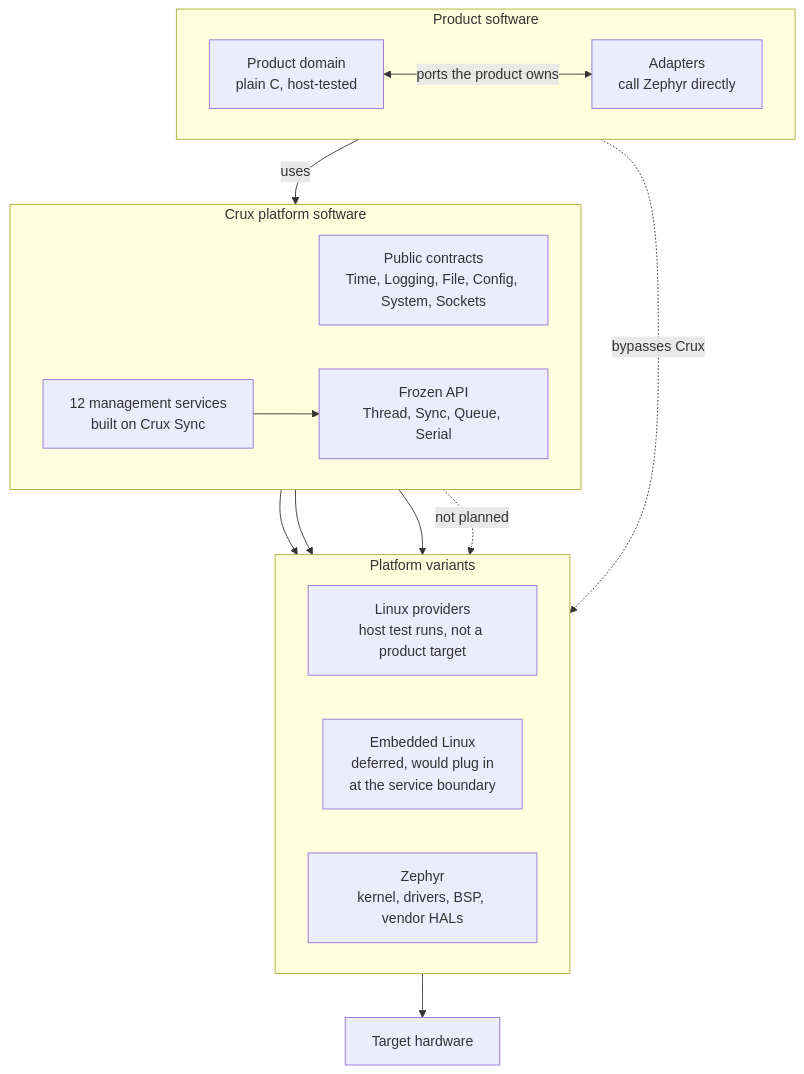
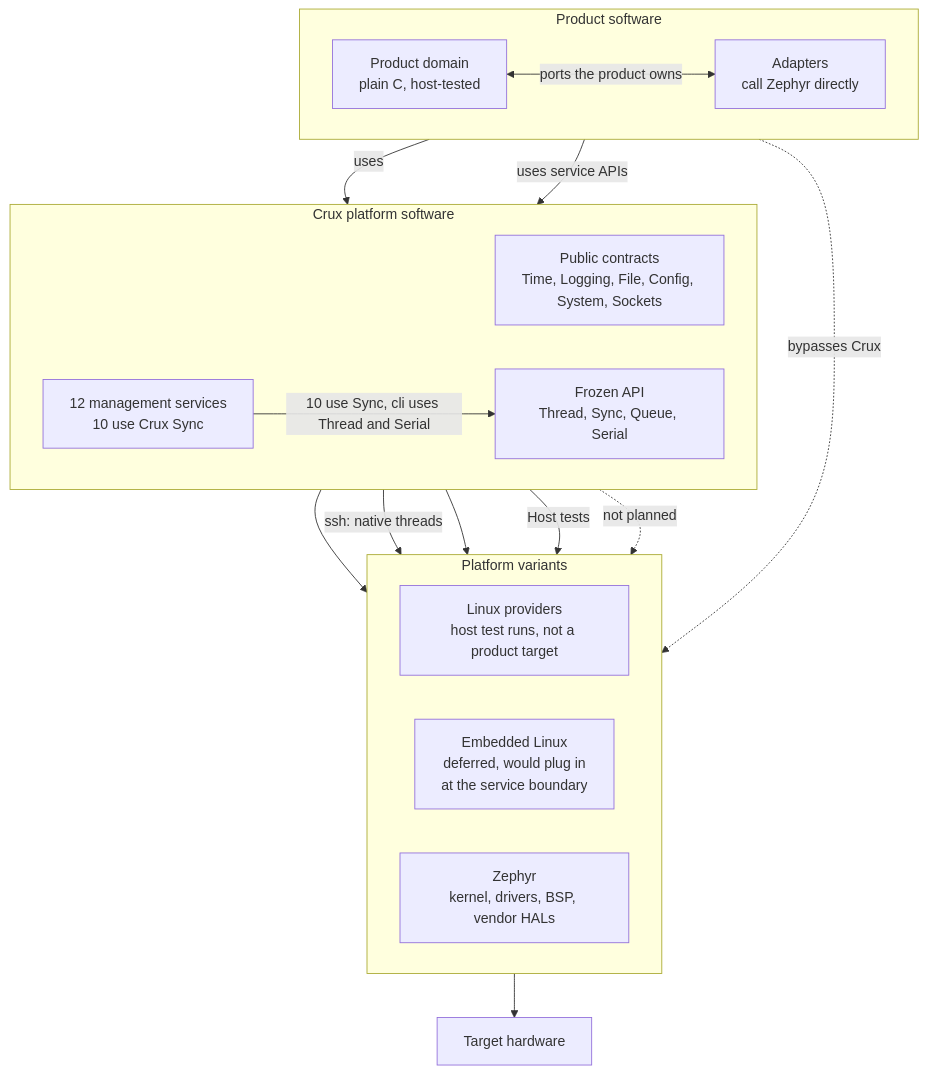
Before and after one commit to wonny-labs/crux-pilot: the second of 4 diagrams in docs/architecture.md, drawn with Mermaid. The commit also changed other lines of this file and 1 other file, not shown here.

Commit message:
docs: correct the platform structure diagram after review

````diff
--- a/docs/architecture.md
+++ b/docs/architecture.md
@@ -84,30 +84,32 @@
 ```mermaid
 flowchart TB
     subgraph PRODUCT["Product software"]
         direction LR
         DOM["Product domain<br/>plain C, host-tested"]
         ADP["Adapters<br/>call Zephyr directly"]
         DOM <-->|"ports the product owns"| ADP
     end
     subgraph CRUX["Crux platform software"]
         direction LR
         CON["Public contracts<br/>Time, Logging, File, Config, System, Sockets"]
-        MGT["12 management services<br/>built on Crux Sync"]
+        MGT["12 management services<br/>10 use Crux Sync"]
         FRZ["Frozen API<br/>Thread, Sync, Queue, Serial"]
-        MGT --> FRZ
+        MGT -->|"10 use Sync, cli uses Thread and Serial"| FRZ
     end
     subgraph VAR["Platform variants"]
         direction LR
         LIN["Linux providers<br/>host test runs, not a product target"]
         ELX["Embedded Linux<br/>deferred, would plug in<br/>at the service boundary"]
         ZEP["Zephyr<br/>kernel, drivers, BSP, vendor HALs"]
     end
     HW["Target hardware"]
     DOM -->|"uses"| CON
+    DOM -->|"uses service APIs"| MGT
     ADP -.->|"bypasses Crux"| ZEP
-    CON --> LIN
     CON --> ZEP
-    MGT --> ZEP
-    CON -.->|"not planned"| ELX
+    MGT -->|"ssh: native threads"| ZEP
+    FRZ --> ZEP
+    CRUX -->|"Host tests"| LIN
+    CRUX -.->|"not planned"| ELX
     ZEP --> HW
 ```
````
